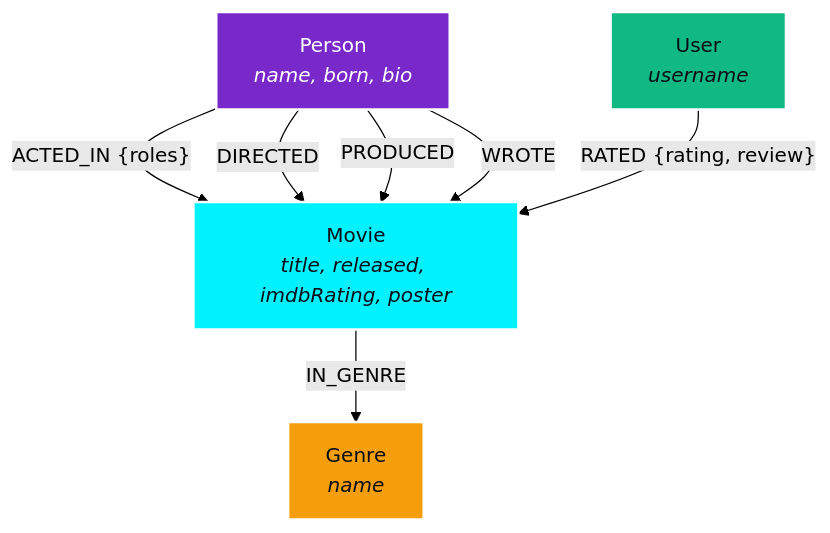
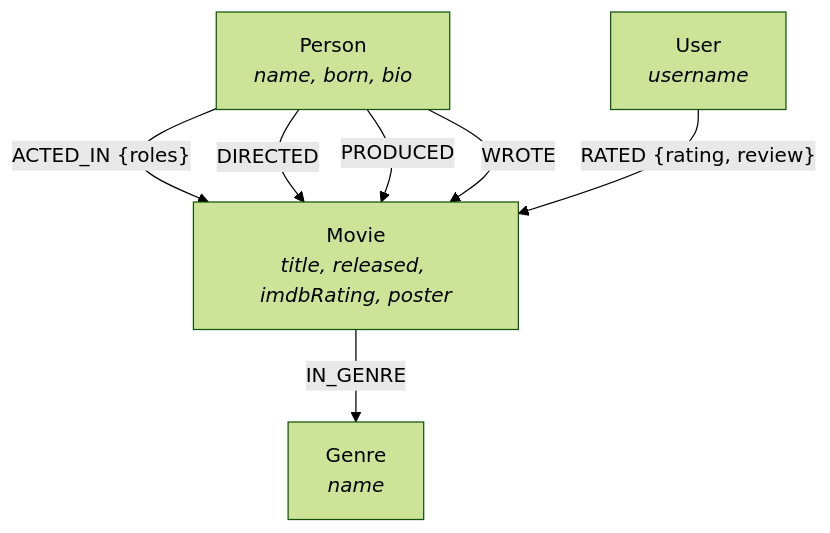
Before and after one commit to Saurabh-Duryodhan/cognodb-test-app: the diagram in README.md, drawn with Mermaid (forest theme). The commit also changed other lines of this file and 1 other file, not shown here.

````diff
--- a/README.md
+++ b/README.md
@@ -50,19 +31,14 @@
 ```mermaid
 graph TD
-    classDef movie fill:#00f2fe,stroke:#fff,stroke-width:2px,color:#090d16;
-    classDef person fill:#7928ca,stroke:#fff,stroke-width:2px,color:#fff;
-    classDef genre fill:#f59e0b,stroke:#fff,stroke-width:2px,color:#090d16;
-    classDef user fill:#10b981,stroke:#fff,stroke-width:2px,color:#090d16;
-
-    P[Person<br/><i>name, born, bio</i>]:::person
-    M[Movie<br/><i>title, released, imdbRating, poster</i>]:::movie
-    G[Genre<br/><i>name</i>]:::genre
-    U[User<br/><i>username</i>]:::user
+    P[Person<br/><i>name, born, bio</i>]
+    M[Movie<br/><i>title, released, imdbRating, poster</i>]
+    G[Genre<br/><i>name</i>]
+    U[User<br/><i>username</i>]
 
     P -- "ACTED_IN {roles}" --> M
     P -- "DIRECTED" --> M
     P -- "PRODUCED" --> M
     P -- "WROTE" --> M
     M -- "IN_GENRE" --> G
     U -- "RATED {rating, review}" --> M
 ```
````
